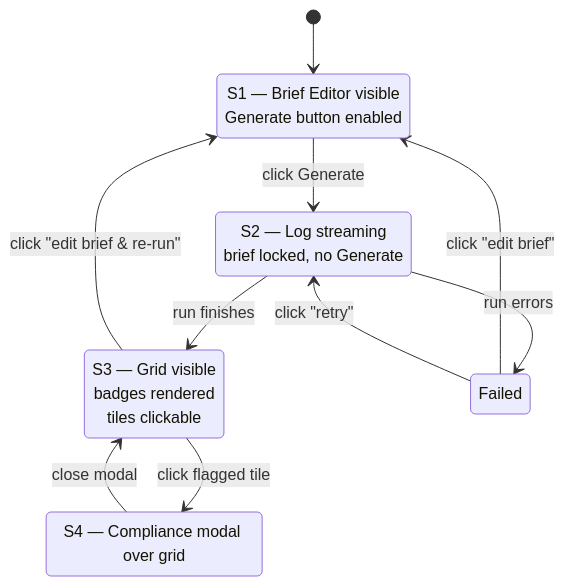
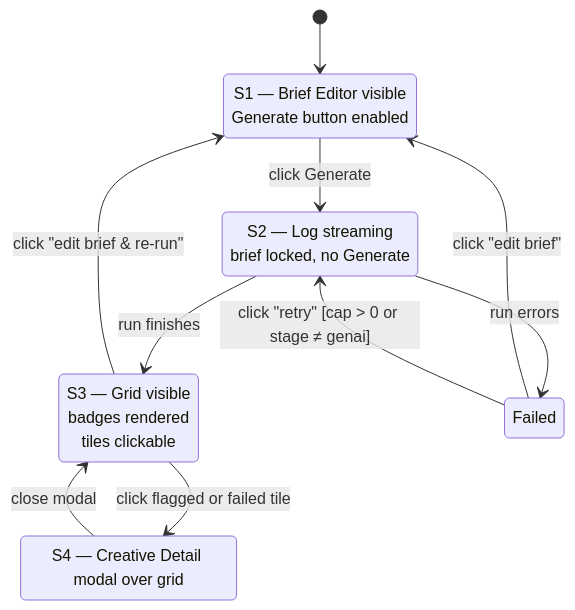
One commit to arndvs/cast changed the sixth of 6 diagrams in docs/flow-diagrams.md. Above: the diagram before and after it, drawn with Mermaid. The commit also changed other lines of this file, not shown here.

Commit message:
docs(flow-diagrams): fix S4 label, gate Retry on cap, close section 6 coverage gaps
Third audit pass found three issues in flow-diagrams:

Section 5 stateDiagram (the prior 'Compliance Detail' rename grep
missed alternate wording):
- 'Compliance modal over grid' -> 'Creative Detail modal over grid'.
- Failed -> Running was unconditional; now guarded as
  '[cap > 0 or stage != genai]' to match the S2' Inform attribute
  (D22). Adds a one-line caption above the diagram explaining the
  guard.
- 'click flagged tile' -> 'click flagged or failed tile' on
  Complete -> DetailOpen so the diagram matches the dual-mode S4
  introduced in commit 5739033.

Section 6 coverage table (three story verbs were missing rows):
- 'selects brand' -> S1 (Brand selector / api/brands), Editing.
- 'sees GenAI mode' -> S1 (mode badge / api/cap), Editing.
- 'sees remaining daily allocation' -> S1 (Daily allocation
  indicator / api/cap), Editing.
- 'click failed tile (path === null)' -> S3 -> S4, error mode.

Mermaid revalidated.

````diff
--- a/docs/flow-diagrams.md
+++ b/docs/flow-diagrams.md
@@ -587,16 +589,16 @@
 ```mermaid
 stateDiagram-v2
     [*] --> Editing
     Editing: S1 — Brief Editor visible<br/>Generate button enabled
     Editing --> Running: click Generate
     Running: S2 — Log streaming<br/>brief locked, no Generate
     Running --> Complete: run finishes
     Running --> Failed: run errors
     Failed --> Editing: click "edit brief"
-    Failed --> Running: click "retry"
+    Failed --> Running: click "retry" [cap > 0 or stage ≠ genai]
     Complete: S3 — Grid visible<br/>badges rendered<br/>tiles clickable
-    Complete --> DetailOpen: click flagged tile
-    DetailOpen: S4 — Compliance modal over grid
+    Complete --> DetailOpen: click flagged or failed tile
+    DetailOpen: S4 — Creative Detail modal over grid
     DetailOpen --> Complete: close modal
     Complete --> Editing: click "edit brief & re-run"
 ```
````
